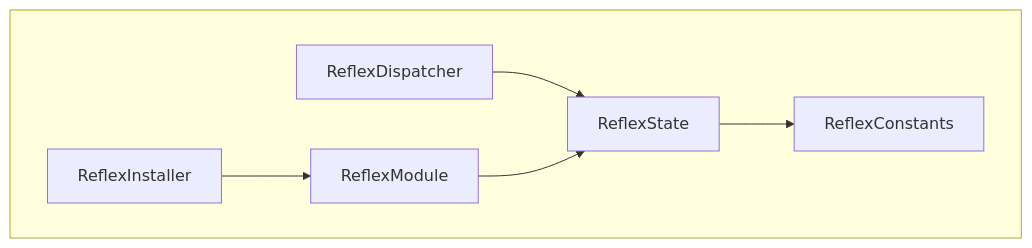
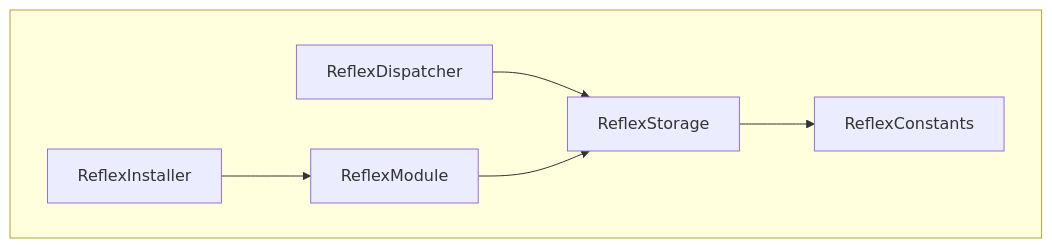
Before and after one commit to chromaxyz/reflex: the diagram in README.md, drawn with Mermaid. The commit also changed other lines of this file and 20 other files, not shown here.

First line of the commit message:
Fix: ReflexState -> ReflexStorage (#137)

````diff
--- a/README.md
+++ b/README.md
@@ -91,10 +91,10 @@
 ```mermaid
 graph TD
     subgraph Reflex [ ]
 
     ReflexInstaller --> ReflexModule
-    ReflexDispatcher --> ReflexState
-    ReflexModule --> ReflexState
-    ReflexState --> ReflexConstants
+    ReflexDispatcher --> ReflexStorage
+    ReflexModule --> ReflexStorage
+    ReflexStorage --> ReflexConstants
     end
 ```
````
